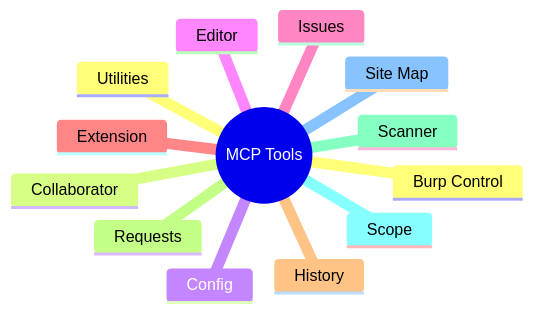
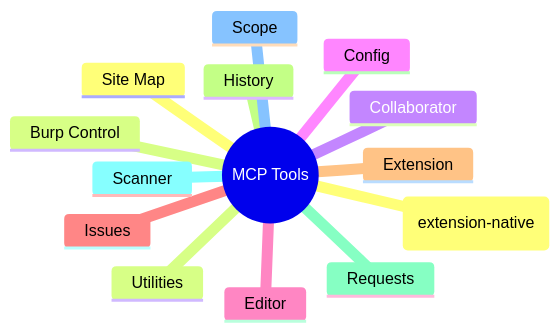
The diagram in mcp/tools-reference.md (six2dez/burp-ai-agent-docs), drawn with Mermaid before and after one commit. The commit also changed other lines of this file and 20 other files, not shown here.

````diff
--- a/mcp/tools-reference.md
+++ b/mcp/tools-reference.md
@@ -5,16 +5,17 @@
 ```mermaid
 mindmap
   root((MCP Tools))
+    AI (extension-native)
     Burp Control
     Collaborator
     Config
     Editor
     Issues
     Extension
     History
     Requests
     Scanner
     Scope
     Site Map
     Utilities
 ```
````
